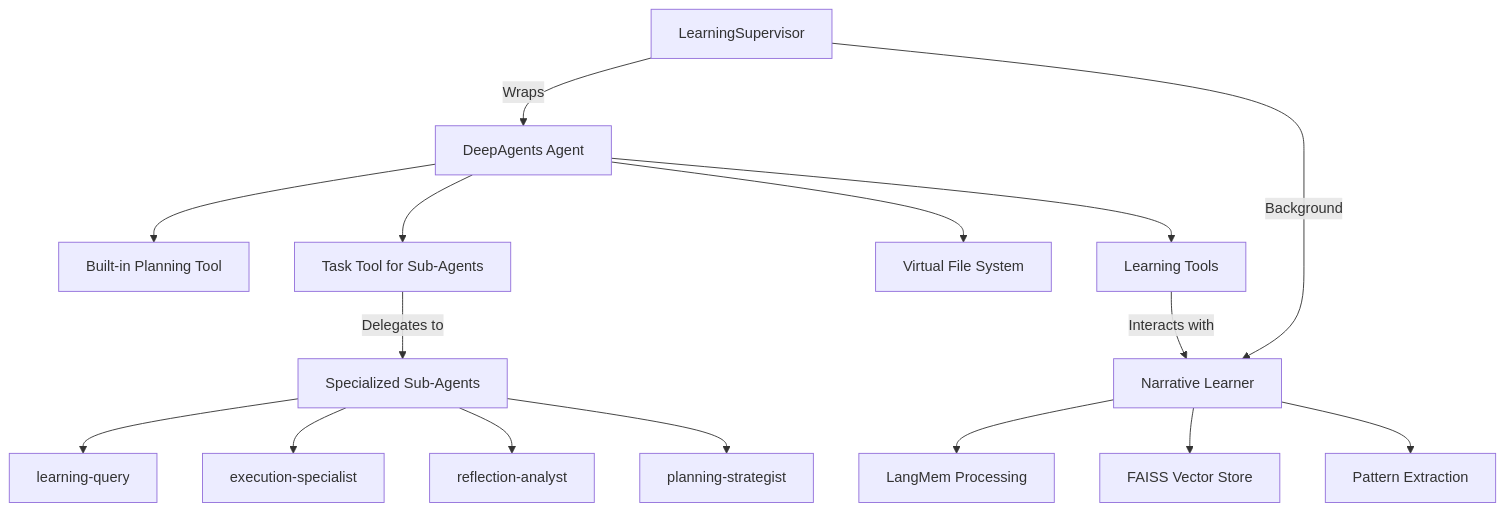
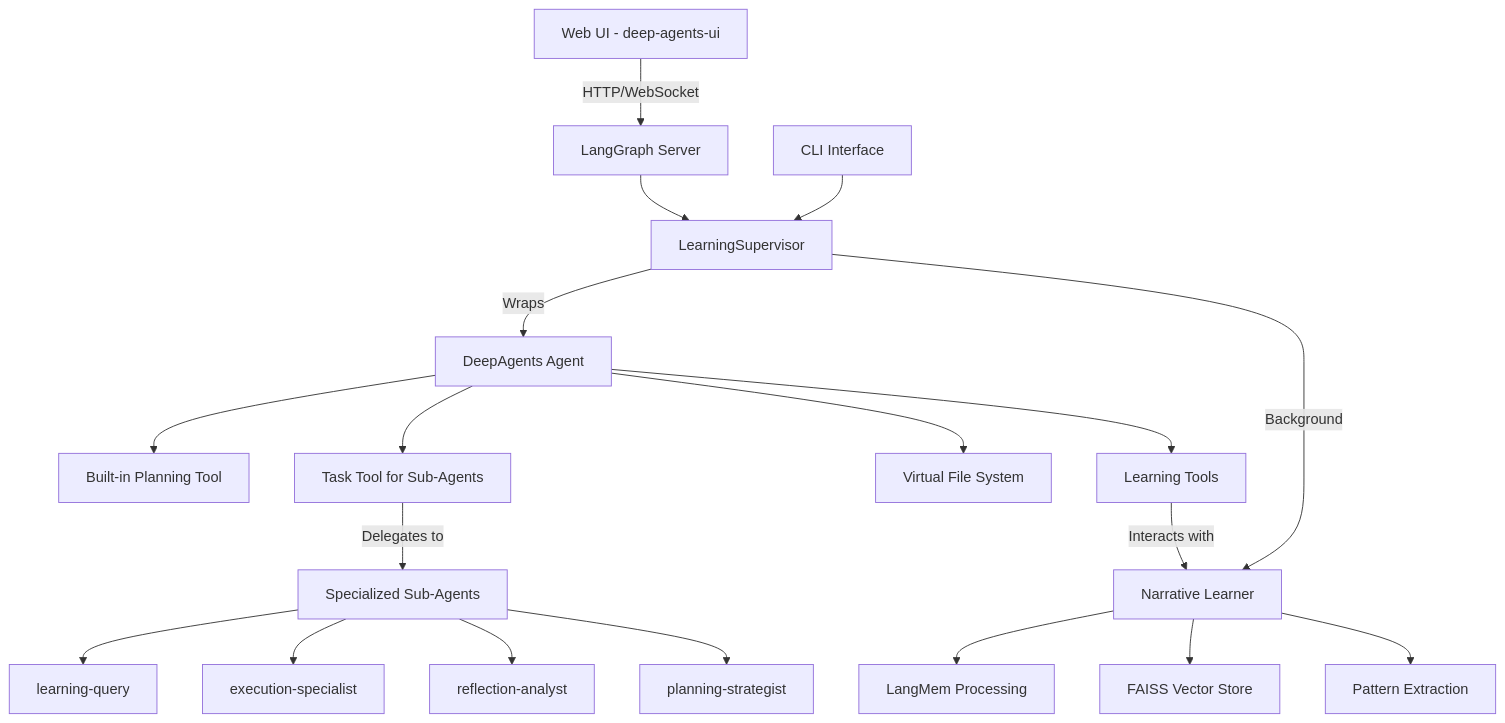
One commit to johannhartmann/learning-agent changed the diagram in README.md. Above: the diagram before and after it, drawn with Mermaid. The commit also changed other lines of this file and 9 other files, not shown here.

First line of the commit message:
feat: add deep-agents-ui web interface integration

````diff
--- a/README.md
+++ b/README.md
@@ -99,21 +147,25 @@
 ```mermaid
 graph TD
-    A[LearningSupervisor] -->|Wraps| B[DeepAgents Agent]
+    UI[Web UI - deep-agents-ui] -->|HTTP/WebSocket| Server[LangGraph Server]
+    CLI[CLI Interface] --> A[LearningSupervisor]
+
+    Server --> A
+    A -->|Wraps| B[DeepAgents Agent]
     B --> C[Built-in Planning Tool]
     B --> D[Task Tool for Sub-Agents]
     B --> E[Virtual File System]
     B --> F[Learning Tools]
 
     D -->|Delegates to| G[Specialized Sub-Agents]
     G --> H[learning-query]
     G --> I[execution-specialist]
     G --> J[reflection-analyst]
     G --> K[planning-strategist]
 
     A -->|Background| L[Narrative Learner]
     L --> M[LangMem Processing]
     L --> N[FAISS Vector Store]
     L --> O[Pattern Extraction]
 
     F -->|Interacts with| L
 ```
````
